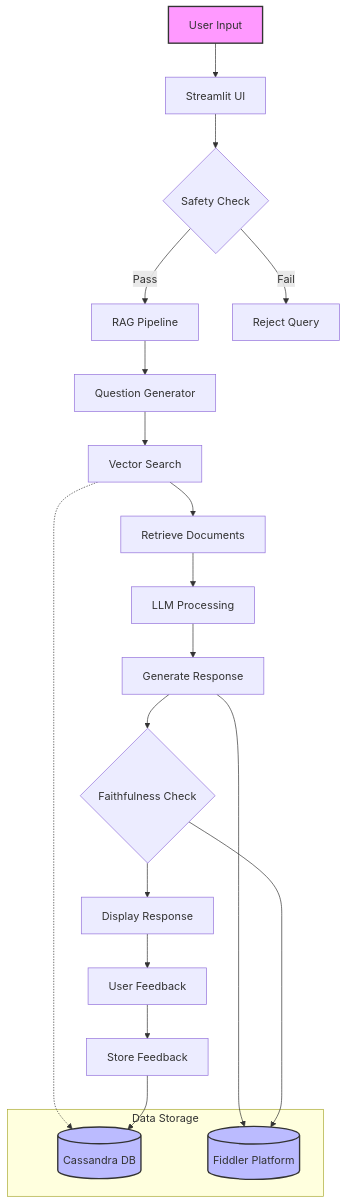
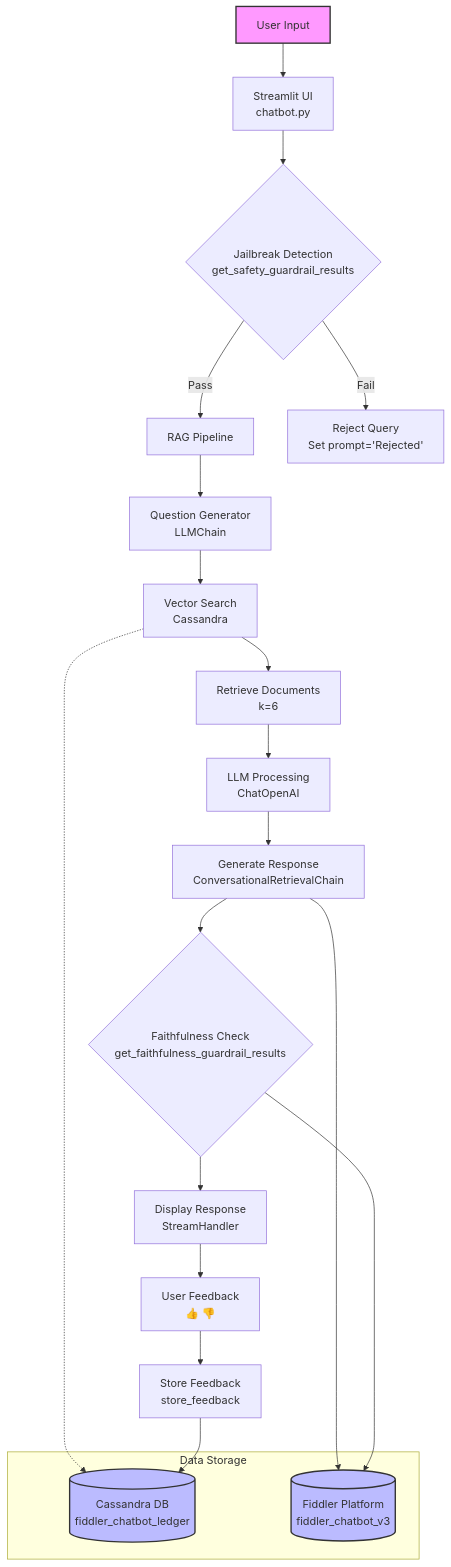
The first of 6 diagrams in docs/diagrams/chatbot.md (fiddler-labs/fiddler-chatbot), drawn with Mermaid before and after one commit. The commit also changed other lines of this file and 6 other files, not shown here.

Commit message:
Diagram update routine activity

````diff
--- a/docs/diagrams/chatbot.md
+++ b/docs/diagrams/chatbot.md
@@ -5,33 +7,33 @@
 ```mermaid
 graph TB
-    A[User Input] --> B[Streamlit UI]
-    B --> C{Safety Check}
+    A[User Input] --> B[Streamlit UI<br/>chatbot.py]
+    B --> C{Jailbreak Detection<br/>get_safety_guardrail_results}
     C -->|Pass| D[RAG Pipeline]
-    C -->|Fail| E[Reject Query]
+    C -->|Fail| E[Reject Query<br/>Set prompt='Rejected']
     
-    D --> F[Question Generator]
-    F --> G[Vector Search]
-    G --> H[Retrieve Documents]
-    H --> I[LLM Processing]
-    I --> J[Generate Response]
+    D --> F[Question Generator<br/>LLMChain]
+    F --> G[Vector Search<br/>Cassandra]
+    G --> H[Retrieve Documents<br/>k=6]
+    H --> I[LLM Processing<br/>ChatOpenAI]
+    I --> J[Generate Response<br/>ConversationalRetrievalChain]
     
-    J --> K{Faithfulness Check}
-    K --> L[Display Response]
+    J --> K{Faithfulness Check<br/>get_faithfulness_guardrail_results}
+    K --> L[Display Response<br/>StreamHandler]
     
-    L --> M[User Feedback]
-    M --> N[Store Feedback]
+    L --> M[User Feedback<br/>👍 👎]
+    M --> N[Store Feedback<br/>store_feedback]
     
     subgraph "Data Storage"
-        O[(Cassandra DB)]
-        P[(Fiddler Platform)]
+        O[(Cassandra DB<br/>fiddler_chatbot_ledger)]
+        P[(Fiddler Platform<br/>fiddler_chatbot_v3)]
     end
     
     G -.-> O
     N --> O
     J --> P
     K --> P
     
 style A fill:#f9f,stroke:#333,stroke-width:2px
 style O fill:#bbf,stroke:#333,stroke-width:2px
 style P fill:#bbf,stroke:#333,stroke-width:2px
 ```
````
